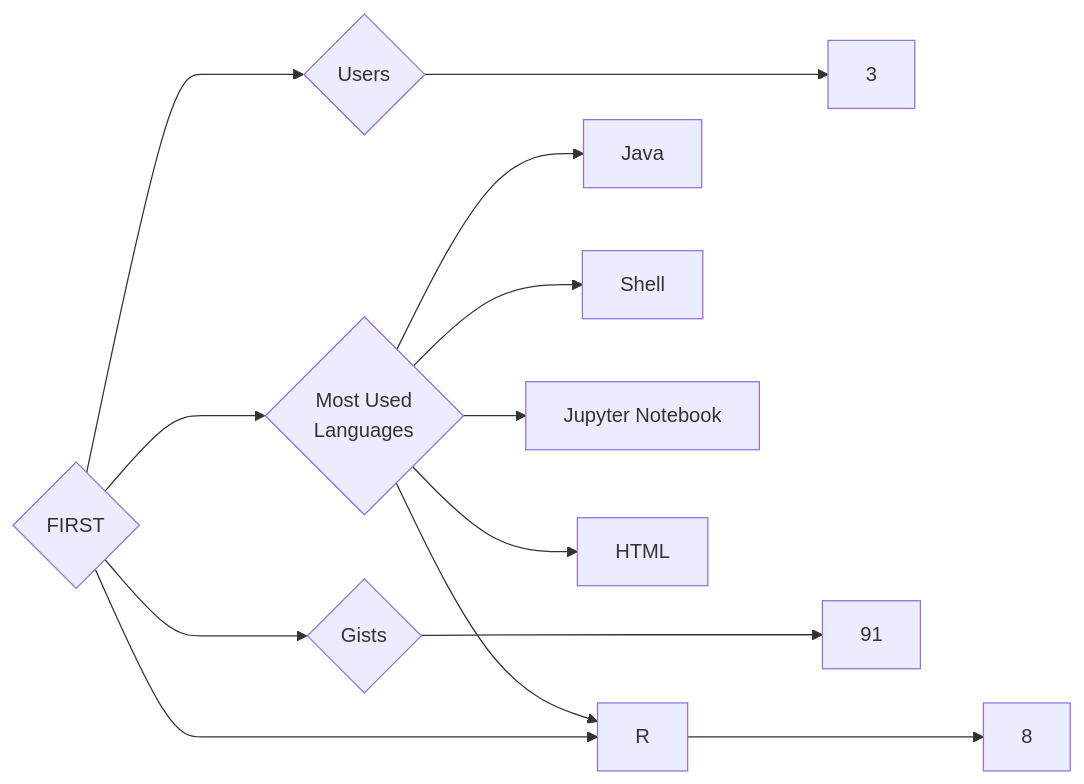
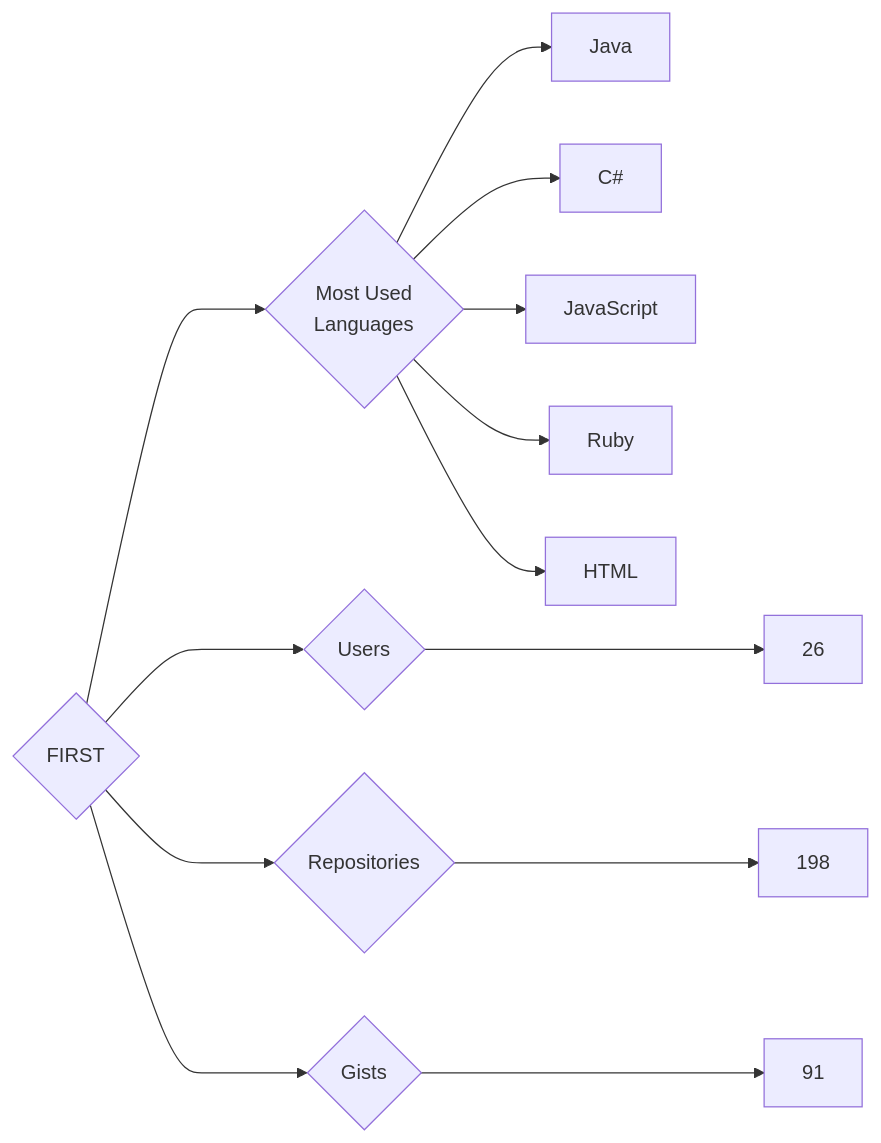
Before and after one commit to trickest/insiders: the diagram in targets/FIRST/README.md, drawn with Mermaid. The commit also changed 874 other files, not shown here.

````diff
--- a/targets/FIRST/README.md
+++ b/targets/FIRST/README.md
@@ -3,13 +3,13 @@
 ```mermaid
 graph LR
 COMPANY_NAME{FIRST}
-COMPANY_NAME ---> U{Users} ---> UN[3]
-COMPANY_NAME ---> R{Repositories} ---> RN[8]
+COMPANY_NAME ---> U{Users} ---> UN[26]
+COMPANY_NAME ---> R{Repositories} ---> RN[198]
 COMPANY_NAME ---> G{Gists} ---> GN[91]
 COMPANY_NAME ---> ML{Most Used<br>Languages}
 ML --> Java[Java]
-ML --> Shell[Shell]
-ML --> R[R]
-ML --> Jupyter_Notebook[Jupyter Notebook]
+ML --> C#[C#]
+ML --> JavaScript[JavaScript]
+ML --> Ruby[Ruby]
 ML --> HTML[HTML]
 ```
````
